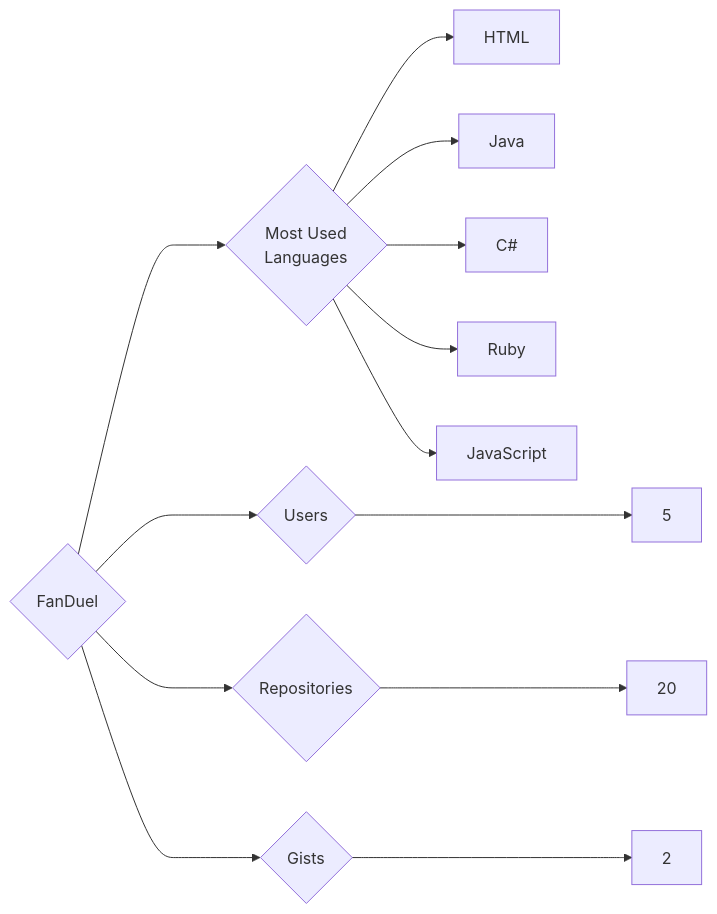
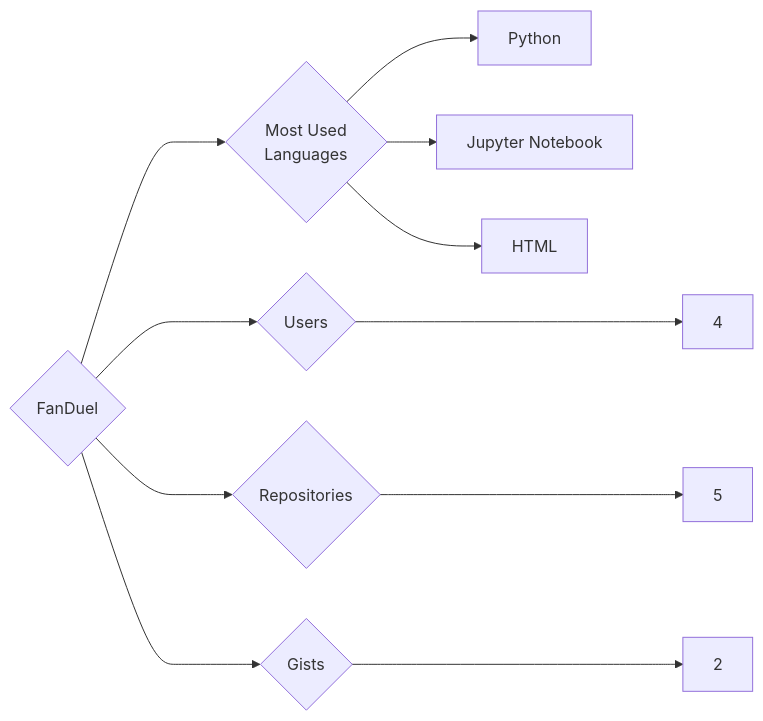
The diagram in targets/FanDuel/README.md (trickest/insiders), drawn with Mermaid before and after one commit. The commit also changed 1036 other files, not shown here.

````diff
--- a/targets/FanDuel/README.md
+++ b/targets/FanDuel/README.md
@@ -3,13 +3,11 @@
 ```mermaid
 graph LR
 COMPANY_NAME{FanDuel}
-COMPANY_NAME ---> U{Users} ---> UN[5]
-COMPANY_NAME ---> R{Repositories} ---> RN[20]
+COMPANY_NAME ---> U{Users} ---> UN[4]
+COMPANY_NAME ---> R{Repositories} ---> RN[5]
 COMPANY_NAME ---> G{Gists} ---> GN[2]
 COMPANY_NAME ---> ML{Most Used<br>Languages}
+ML --> Python[Python]
+ML --> Jupyter_Notebook[Jupyter Notebook]
 ML --> HTML[HTML]
-ML --> Java[Java]
-ML --> C#[C#]
-ML --> Ruby[Ruby]
-ML --> JavaScript[JavaScript]
 ```
````
